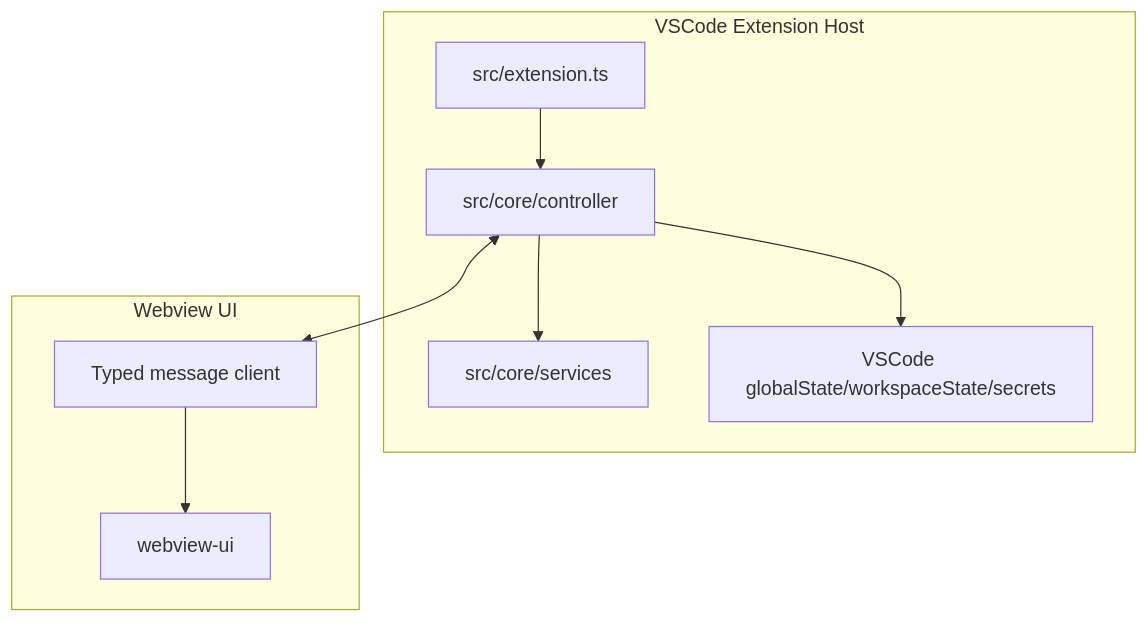
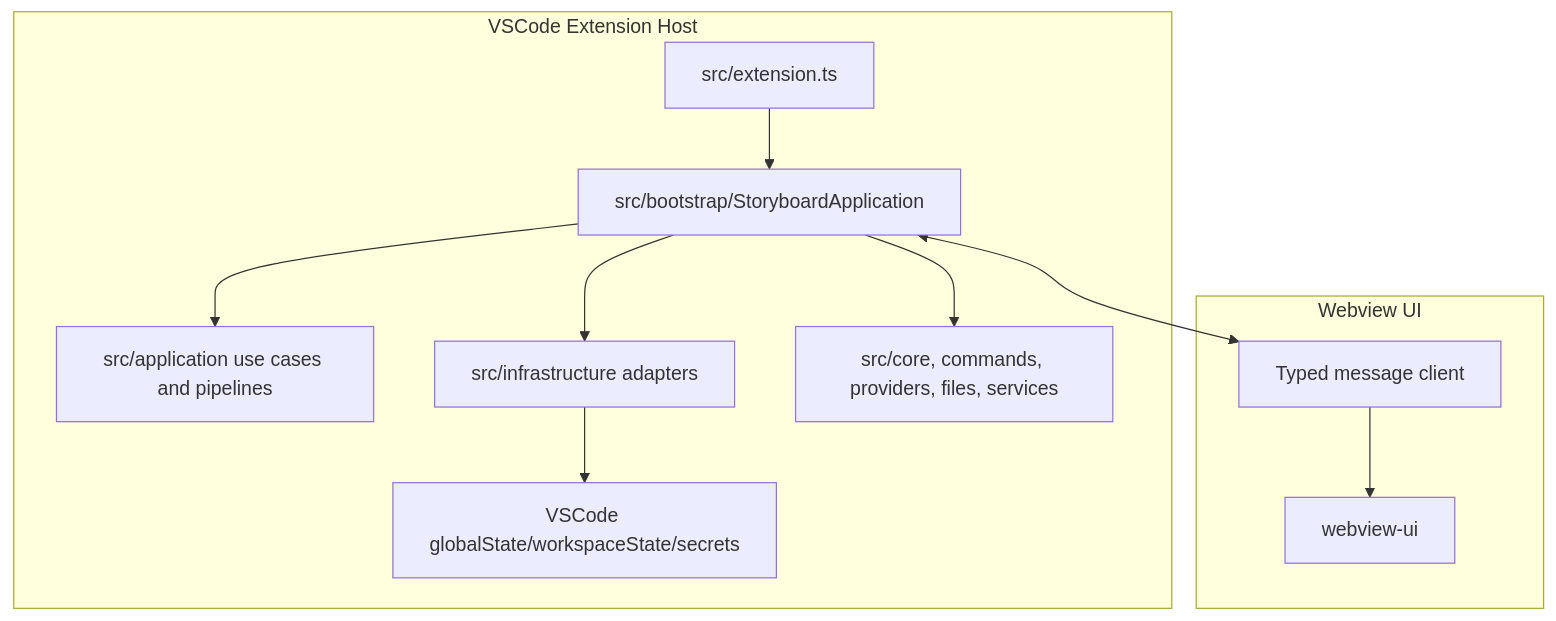
Before and after one commit to maroomir/storyboard: the diagram in .claude/rules/storyboard-overview.md, drawn with Mermaid. The commit also changed other lines of this file and 3 other files, not shown here.

Commit message:
docs(architecture): Document transition boundaries

````diff
--- a/.claude/rules/storyboard-overview.md
+++ b/.claude/rules/storyboard-overview.md
@@ -9,20 +9,24 @@
 ```mermaid
 graph TB
     subgraph VSCode[VSCode Extension Host]
         ExtensionEntry[src/extension.ts]
-        Controller[src/core/controller]
-        Services[src/core/services]
+        Bootstrap[src/bootstrap/StoryboardApplication]
+        Application[src/application use cases and pipelines]
+        Infrastructure[src/infrastructure adapters]
+        Legacy[src/core, commands, providers, files, services]
         State[VSCode globalState/workspaceState/secrets]
     end
 
     subgraph Webview[Webview UI]
         App[webview-ui]
         MessageClient[Typed message client]
     end
 
-    ExtensionEntry --> Controller
-    Controller --> Services
-    Controller --> State
-    Controller <--> MessageClient
+    ExtensionEntry --> Bootstrap
+    Bootstrap --> Application
+    Bootstrap --> Infrastructure
+    Bootstrap --> Legacy
+    Infrastructure --> State
+    Bootstrap <--> MessageClient
     MessageClient --> App
 ```
````
